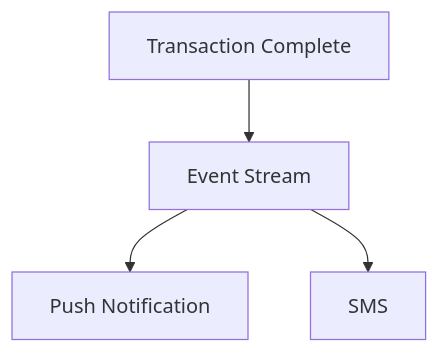
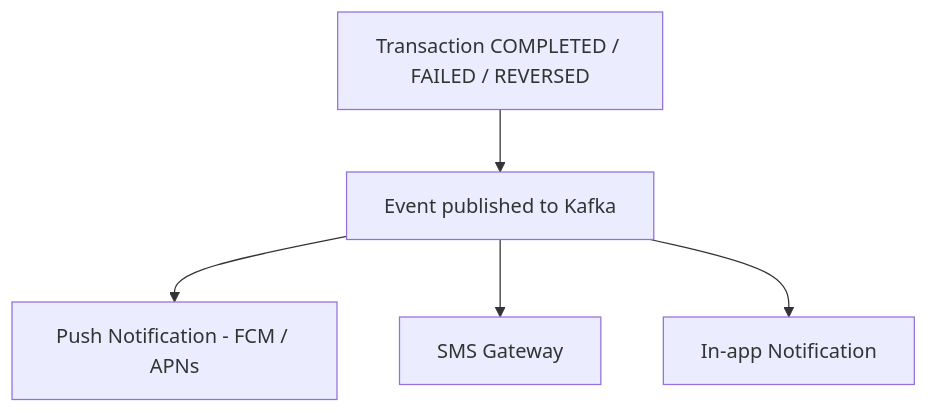
Before and after one commit to facileWizard/SystemDesgin: the seventh of 7 diagrams in UPI System Design.md, drawn with Mermaid. The commit also changed other lines of this file, not shown here.

````diff
--- a/UPI System Design.md
+++ b/UPI System Design.md
@@ -196,6 +464,8 @@
 ```mermaid
 graph TD
-    A[Transaction Complete] --> B[Event Stream]
-    B --> C[Push Notification]
-    B --> D[SMS]
+    A[Transaction COMPLETED / FAILED / REVERSED]
+    A --> B[Event published to Kafka]
+    B --> C[Push Notification - FCM / APNs]
+    B --> D[SMS Gateway]
+    B --> E[In-app Notification]
 ```
````
